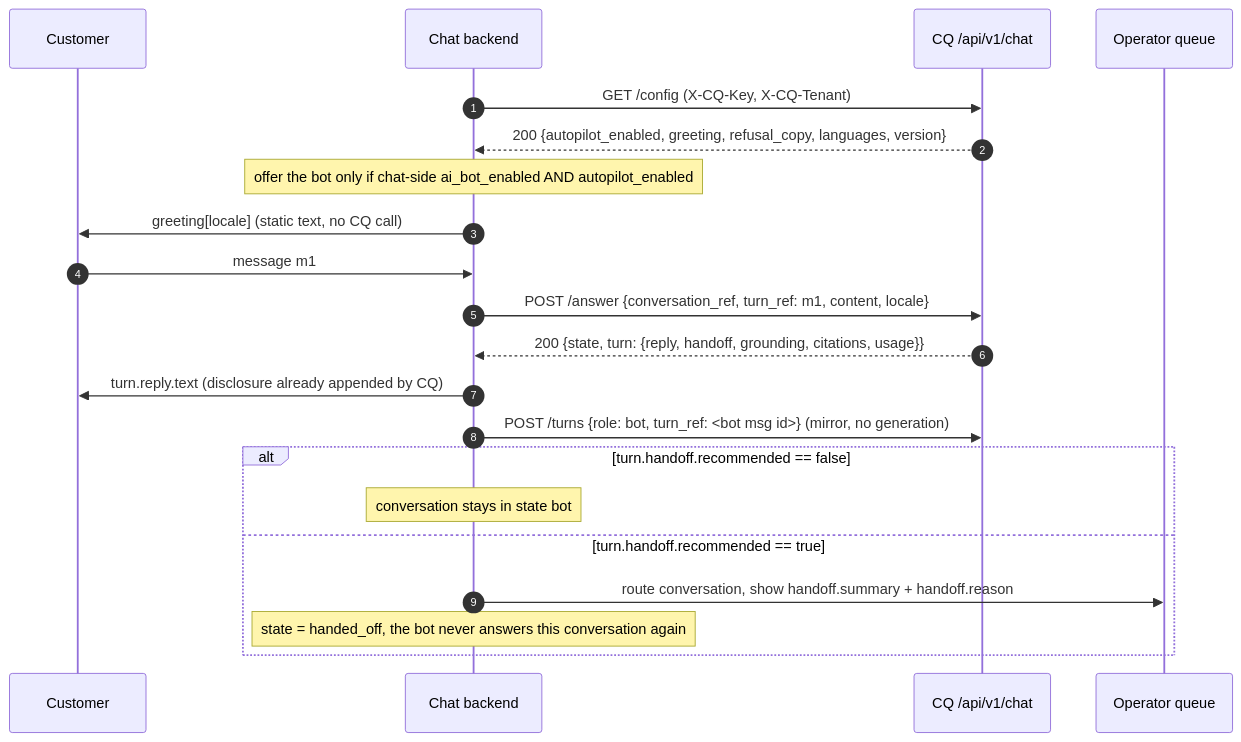
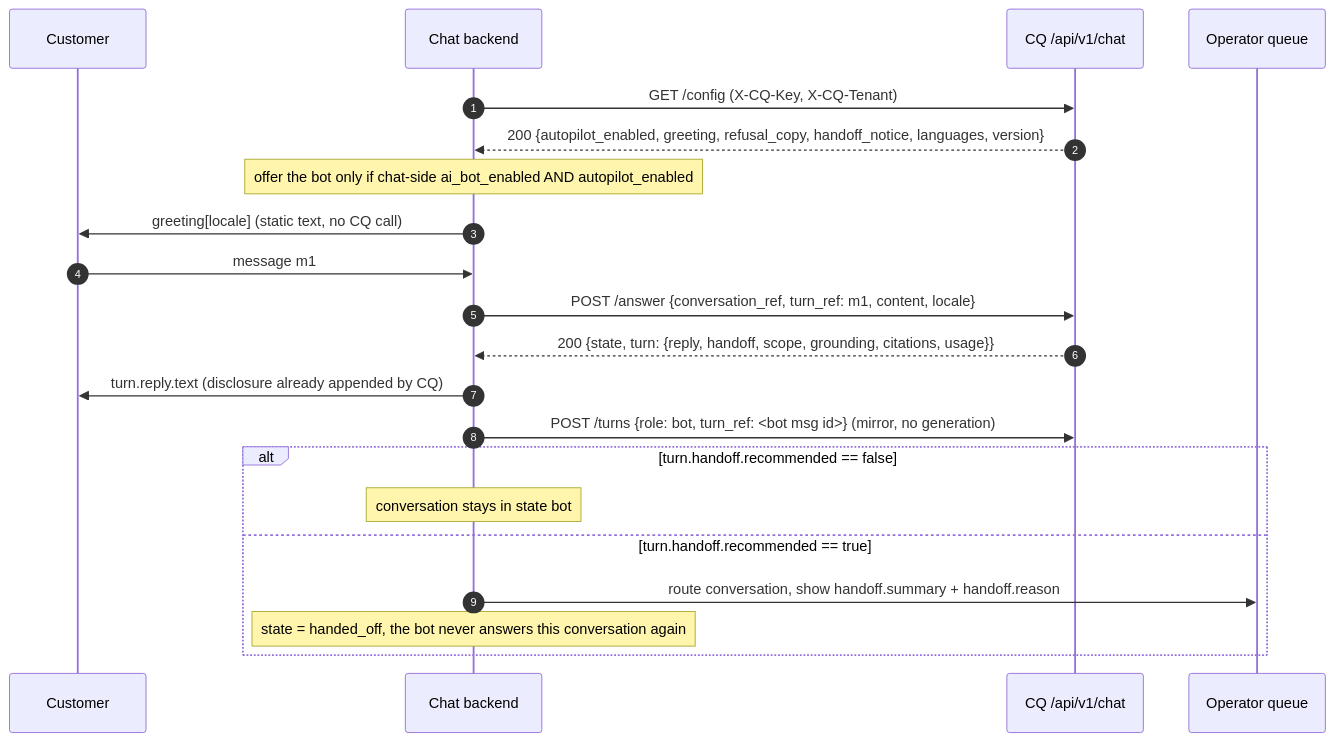
The first of 3 diagrams in docs/CHAT_INTEGRATION.md (Nika-Gamkrelidze/cq-v3-ai), drawn with Mermaid before and after one commit. The commit also changed other lines of this file and 25 other files, not shown here.

````diff
--- a/docs/CHAT_INTEGRATION.md
+++ b/docs/CHAT_INTEGRATION.md
@@ -61,23 +64,23 @@
 ```mermaid
 sequenceDiagram
   autonumber
   participant C as Customer
   participant CB as Chat backend
   participant CQ as CQ /api/v1/chat
   participant OP as Operator queue
   CB->>CQ: GET /config (X-CQ-Key, X-CQ-Tenant)
-  CQ-->>CB: 200 {autopilot_enabled, greeting, refusal_copy, languages, version}
+  CQ-->>CB: 200 {autopilot_enabled, greeting, refusal_copy, handoff_notice, languages, version}
   Note over CB: offer the bot only if chat-side ai_bot_enabled AND autopilot_enabled
   CB->>C: greeting[locale] (static text, no CQ call)
   C->>CB: message m1
   CB->>CQ: POST /answer {conversation_ref, turn_ref: m1, content, locale}
-  CQ-->>CB: 200 {state, turn: {reply, handoff, grounding, citations, usage}}
+  CQ-->>CB: 200 {state, turn: {reply, handoff, scope, grounding, citations, usage}}
   CB->>C: turn.reply.text (disclosure already appended by CQ)
   CB->>CQ: POST /turns {role: bot, turn_ref: <bot msg id>} (mirror, no generation)
   alt turn.handoff.recommended == false
     Note over CB: conversation stays in state bot
   else turn.handoff.recommended == true
     CB->>OP: route conversation, show handoff.summary + handoff.reason
     Note over CB: state = handed_off, the bot never answers this conversation again
   end
 ```
````
